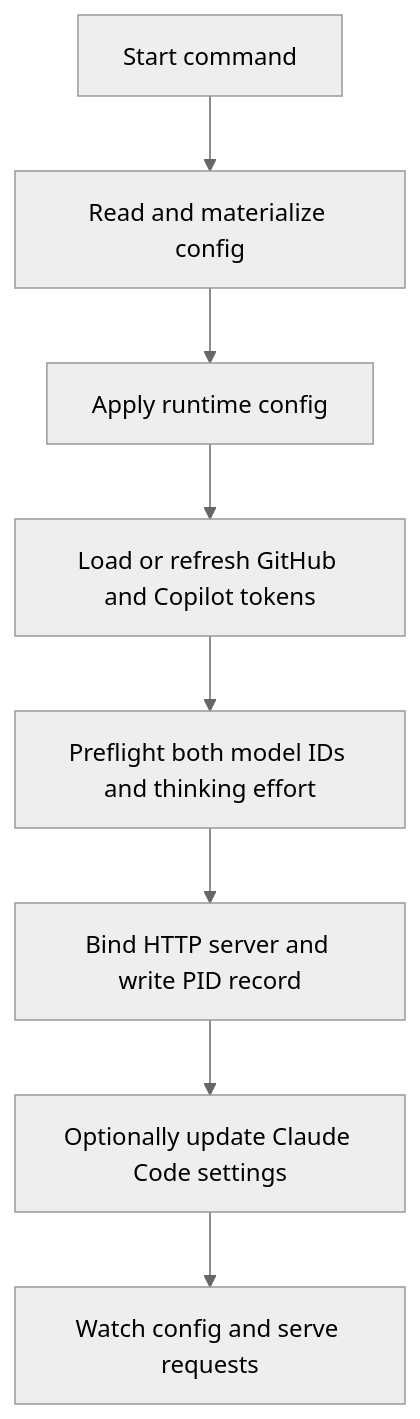
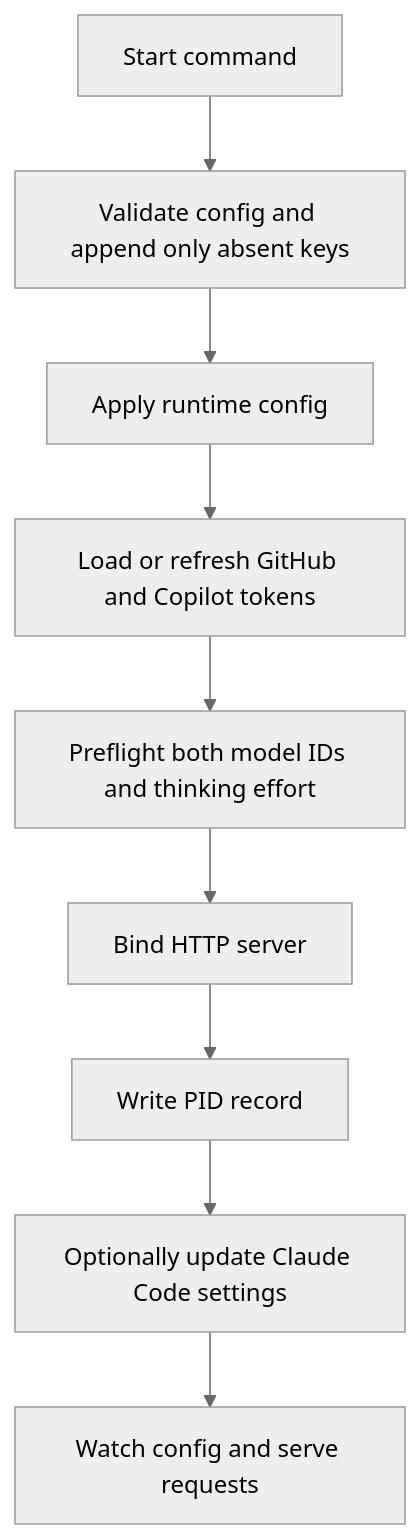
The third of 4 diagrams in wiki/EN-Architecture.md (D0n9X1n/copilot-relay), drawn with Mermaid (neutral theme) before and after one commit. The commit also changed other lines of this file and 88 other files, not shown here.

````diff
--- a/wiki/EN-Architecture.md
+++ b/wiki/EN-Architecture.md
@@ -131,10 +184,11 @@
 ```mermaid
 flowchart TD
-    A[Start command] --> B[Read and materialize config]
+    A[Start command] --> B[Validate config and append only absent keys]
     B --> C[Apply runtime config]
     C --> D[Load or refresh GitHub and Copilot tokens]
     D --> E[Preflight both model IDs and thinking effort]
-    E --> F[Bind HTTP server and write PID record]
-    F --> G[Optionally update Claude Code settings]
-    G --> H[Watch config and serve requests]
+    E --> F[Bind HTTP server]
+    F --> G[Write PID record]
+    G --> H[Optionally update Claude Code settings]
+    H --> I[Watch config and serve requests]
 ```
````
